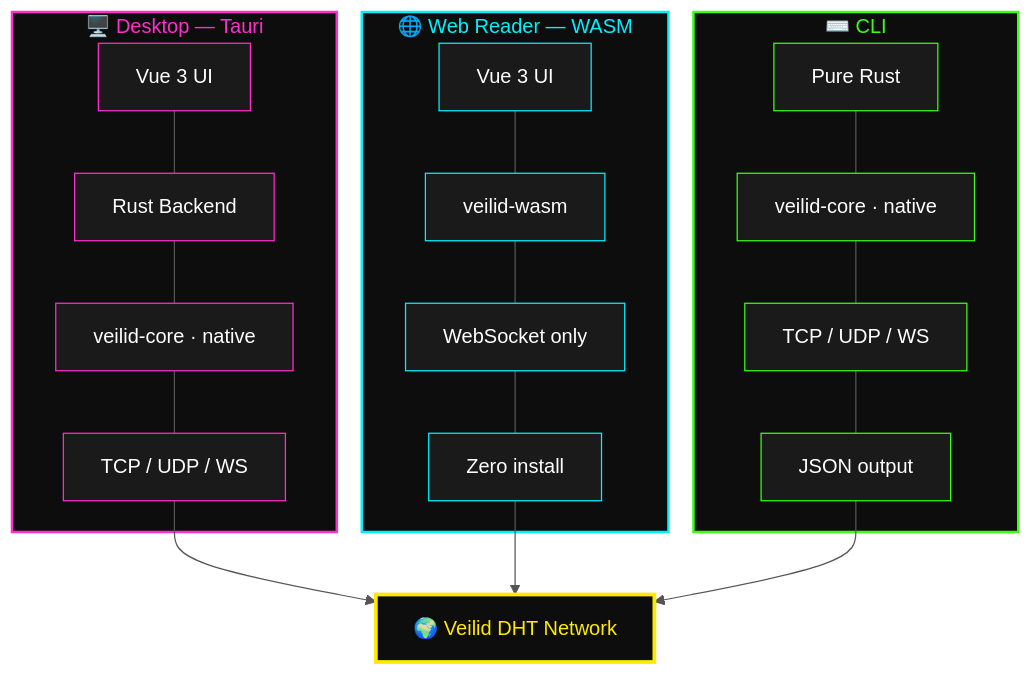
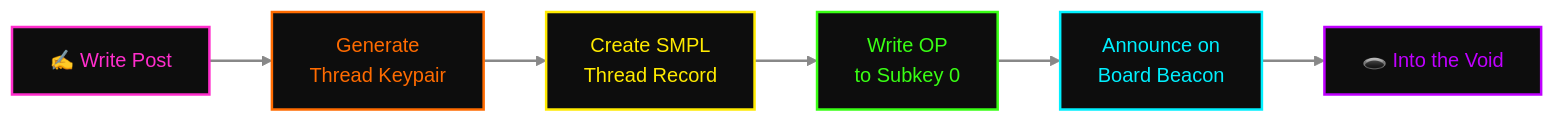
Before and after one commit to forria64/voidpost: the first of 7 diagrams in README.md, drawn with Mermaid. The commit also changed other lines of this file and 14 other files, not shown here.

Commit message:
docs: redesign as anonymous imageboard on Veilid DHT, drop previous file-sharing implementation

````diff
--- a/README.md
+++ b/README.md
@@ -40,49 +195,17 @@
 ```mermaid
-graph TD
-  subgraph desktop ["🖥️ Desktop — Tauri"]
-    d1["Vue 3 UI"]
-    d2["Rust Backend"]
-    d3["veilid-core · native"]
-    d4["TCP / UDP / WS"]
-    d1 --- d2 --- d3 --- d4
-  end
+flowchart LR
+  A["✍️ Write Post"] --> B["Generate\nThread Keypair"]
+  B --> C["Create SMPL\nThread Record"]
+  C --> D["Write OP\nto Subkey 0"]
+  D --> E["Announce on\nBoard Beacon"]
+  E --> F["🕳️ Into the Void"]
 
-  subgraph web ["🌐 Web Reader — WASM"]
-    w1["Vue 3 UI"]
-    w2["veilid-wasm"]
-    w3["WebSocket only"]
-    w4["Zero install"]
-    w1 --- w2 --- w3 --- w4
-  end
+  style A fill:#0d0d0d,stroke:#ff2ecc,stroke-width:2px,color:#ff2ecc
+  style B fill:#0d0d0d,stroke:#ff6b00,stroke-width:2px,color:#ff6b00
+  style C fill:#0d0d0d,stroke:#ffea00,stroke-width:2px,color:#ffea00
+  style D fill:#0d0d0d,stroke:#39ff14,stroke-width:2px,color:#39ff14
+  style E fill:#0d0d0d,stroke:#00f0ff,stroke-width:2px,color:#00f0ff
+  style F fill:#0d0d0d,stroke:#bf00ff,stroke-width:2px,color:#bf00ff
 
-  subgraph cli ["⌨️ CLI"]
-    c1["Pure Rust"]
-    c2["veilid-core · native"]
-    c3["TCP / UDP / WS"]
-    c4["JSON output"]
-    c1 --- c2 --- c3 --- c4
-  end
-
-  d4 --> VEILID["🌍 Veilid DHT Network"]
-  w4 --> VEILID
-  c4 --> VEILID
-
-  style desktop fill:#0d0d0d,stroke:#ff2ecc,stroke-width:2px,color:#ff2ecc
-  style web fill:#0d0d0d,stroke:#00f0ff,stroke-width:2px,color:#00f0ff
-  style cli fill:#0d0d0d,stroke:#39ff14,stroke-width:2px,color:#39ff14
-  style VEILID fill:#0d0d0d,stroke:#ffea00,stroke-width:3px,color:#ffea00
-  style d1 fill:#1a1a1a,stroke:#ff2ecc,color:#fff
-  style d2 fill:#1a1a1a,stroke:#ff2ecc,color:#fff
-  style d3 fill:#1a1a1a,stroke:#ff2ecc,color:#fff
-  style d4 fill:#1a1a1a,stroke:#ff2ecc,color:#fff
-  style w1 fill:#1a1a1a,stroke:#00f0ff,color:#fff
-  style w2 fill:#1a1a1a,stroke:#00f0ff,color:#fff
-  style w3 fill:#1a1a1a,stroke:#00f0ff,color:#fff
-  style w4 fill:#1a1a1a,stroke:#00f0ff,color:#fff
-  style c1 fill:#1a1a1a,stroke:#39ff14,color:#fff
-  style c2 fill:#1a1a1a,stroke:#39ff14,color:#fff
-  style c3 fill:#1a1a1a,stroke:#39ff14,color:#fff
-  style c4 fill:#1a1a1a,stroke:#39ff14,color:#fff
-
-  linkStyle default stroke:#555,stroke-width:1px
+  linkStyle default stroke:#888,stroke-width:2px
 ```
````
